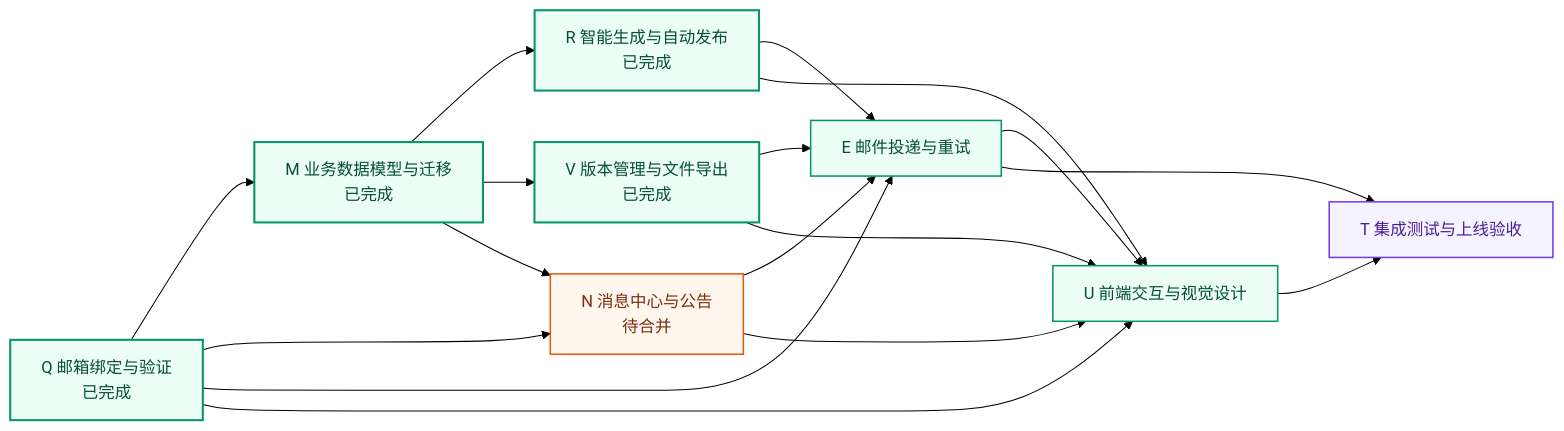
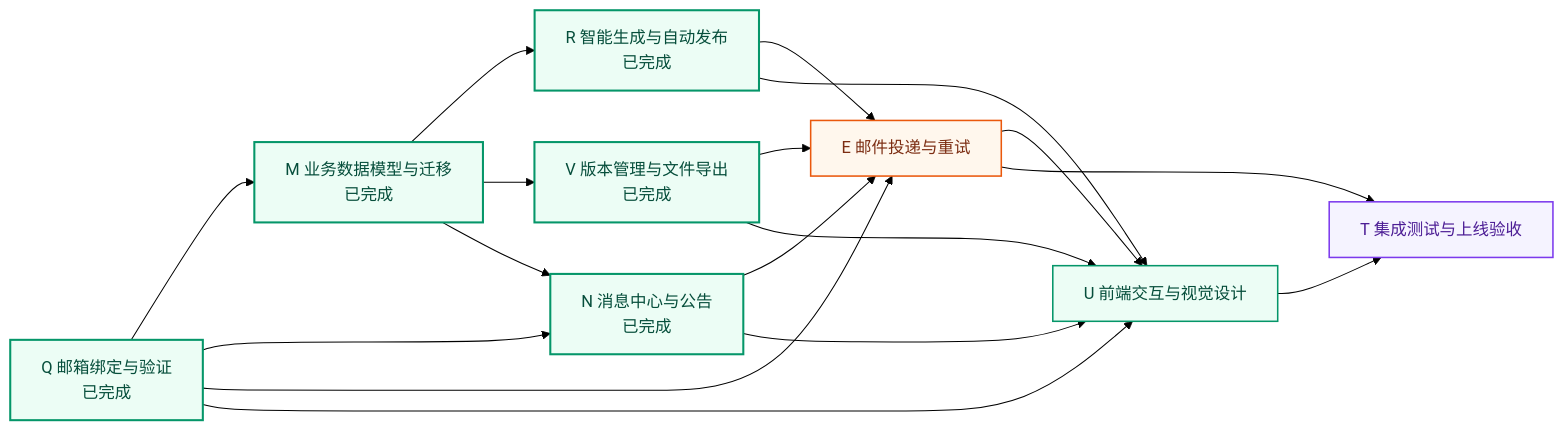
The third of 3 diagrams in README.md (sky-k111/forge-sight), drawn with Mermaid (forest theme) before and after one commit. The commit also changed other lines of this file and 41 other files, not shown here.

````diff
--- a/README.md
+++ b/README.md
@@ -155,29 +155,29 @@
 ```mermaid
 flowchart LR
     Q[Q 邮箱绑定与验证<br/>已完成] --> M[M 业务数据模型与迁移<br/>已完成]
     M --> R[R 智能生成与自动发布<br/>已完成]
     M --> V[V 版本管理与文件导出<br/>已完成]
-    M --> N[N 消息中心与公告<br/>待合并]
+    M --> N[N 消息中心与公告<br/>已完成]
     Q --> N
     Q --> E[E 邮件投递与重试]
     R --> E
     V --> E
     N --> E
     Q --> U[U 前端交互与视觉设计]
     R --> U
     V --> U
     N --> U
     E --> U
     U --> T[T 集成测试与上线验收]
     E --> T
 
     classDef done fill:#ECFDF5,stroke:#059669,color:#064E3B,stroke-width:2px;
     classDef foundation fill:#EFF6FF,stroke:#2563EB,color:#1E3A8A,stroke-width:1.5px;
     classDef core fill:#FFF7ED,stroke:#EA580C,color:#7C2D12,stroke-width:1.5px;
     classDef delivery fill:#ECFDF5,stroke:#059669,color:#064E3B,stroke-width:1.5px;
     classDef quality fill:#F5F3FF,stroke:#7C3AED,color:#4C1D95,stroke-width:1.5px;
-    class Q,M,R,V done;
-    class N core;
-    class E,U delivery;
+    class Q,M,R,V,N done;
+    class E core;
+    class U delivery;
     class T quality;
 ```
````
